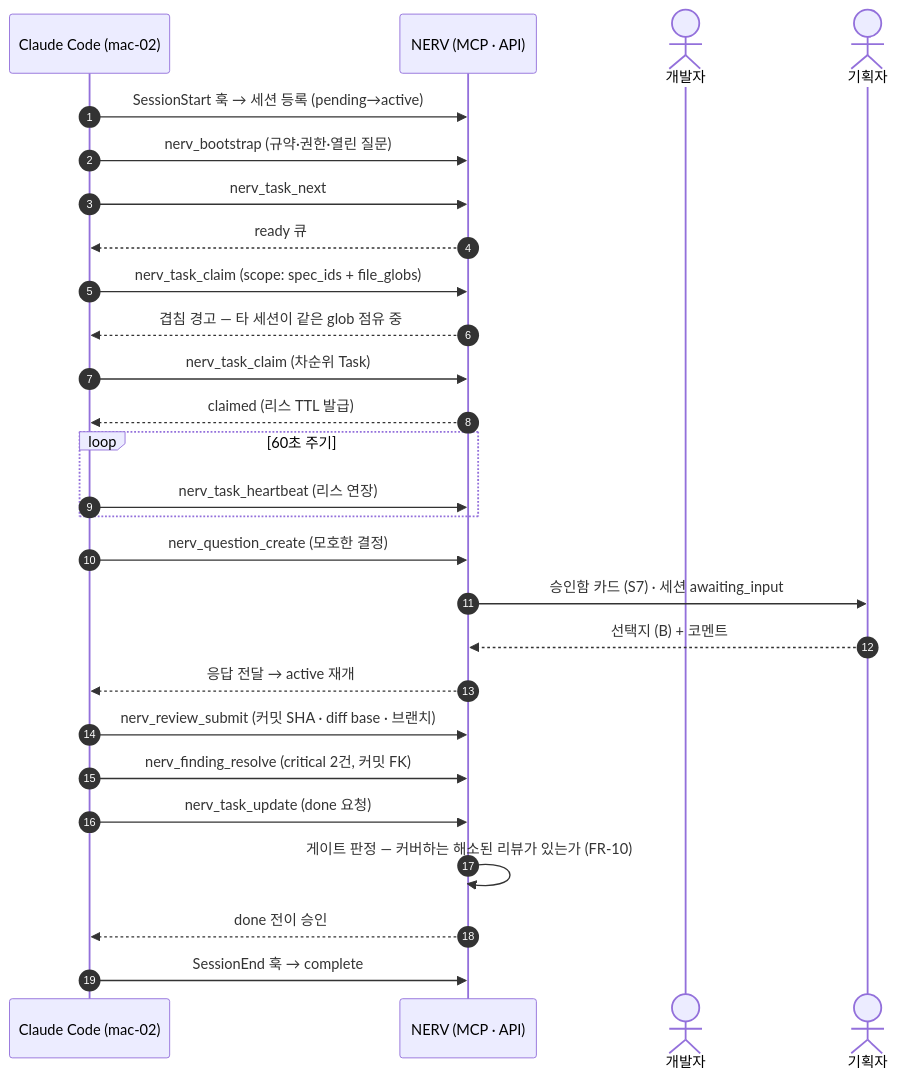
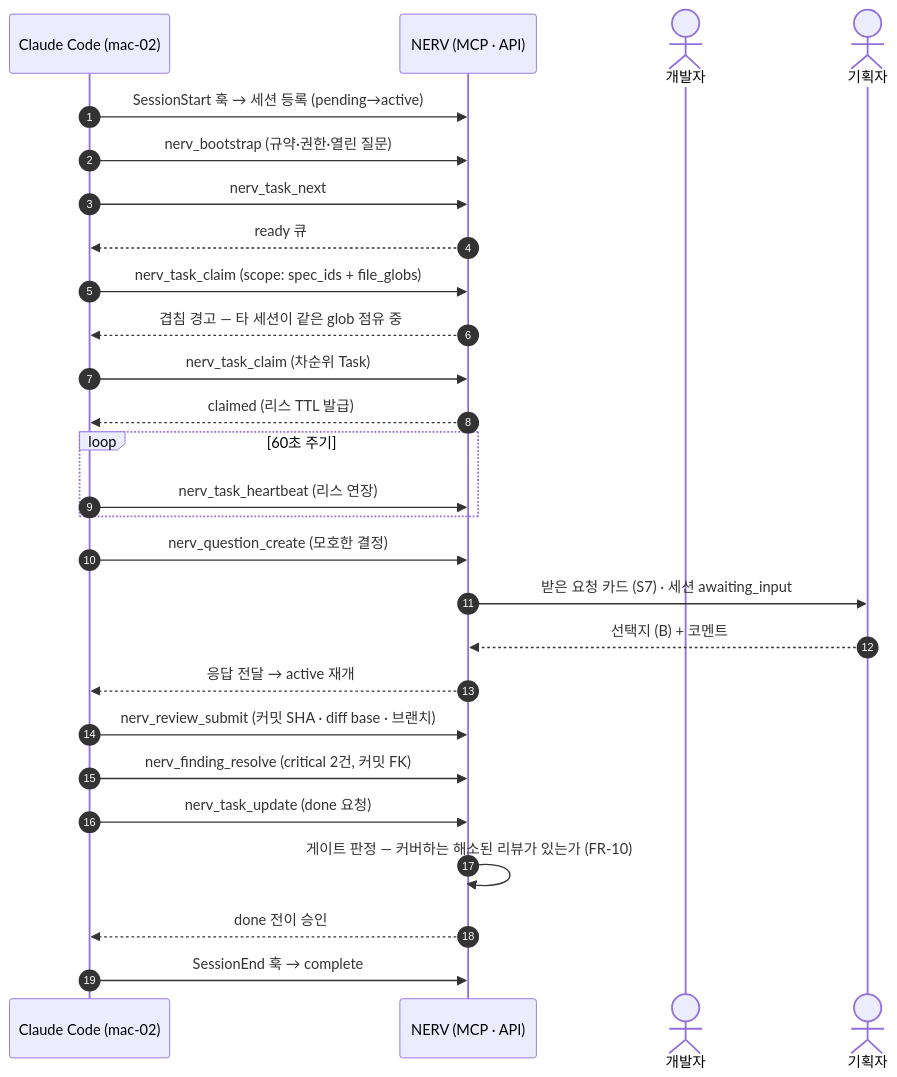
Before and after one commit to worker-ants/nerv: the second of 3 diagrams in docs/03-proposal/vision.md, drawn with Mermaid. The commit also changed other lines of this file and 76 other files, not shown here.

````diff
--- a/docs/03-proposal/vision.md
+++ b/docs/03-proposal/vision.md
@@ -220,29 +220,29 @@
 ```mermaid
 sequenceDiagram
     autonumber
     participant CC as Claude Code (mac-02)
     participant N as NERV (MCP · API)
     actor D as 개발자
     actor P as 기획자
     CC->>N: SessionStart 훅 → 세션 등록 (pending→active)
     CC->>N: nerv_bootstrap (규약·권한·열린 질문)
     CC->>N: nerv_task_next
     N-->>CC: ready 큐
     CC->>N: nerv_task_claim (scope: spec_ids + file_globs)
     N-->>CC: 겹침 경고 — 타 세션이 같은 glob 점유 중
     CC->>N: nerv_task_claim (차순위 Task)
     N-->>CC: claimed (리스 TTL 발급)
     loop 60초 주기
         CC->>N: nerv_task_heartbeat (리스 연장)
     end
     CC->>N: nerv_question_create (모호한 결정)
-    N->>P: 승인함 카드 (S7) · 세션 awaiting_input
+    N->>P: 받은 요청 카드 (S7) · 세션 awaiting_input
     P-->>N: 선택지 (B) + 코멘트
     N-->>CC: 응답 전달 → active 재개
     CC->>N: nerv_review_submit (커밋 SHA · diff base · 브랜치)
     CC->>N: nerv_finding_resolve (critical 2건, 커밋 FK)
     CC->>N: nerv_task_update (done 요청)
     N->>N: 게이트 판정 — 커버하는 해소된 리뷰가 있는가 (FR-10)
     N-->>CC: done 전이 승인
     CC->>N: SessionEnd 훅 → complete
 ```
````
